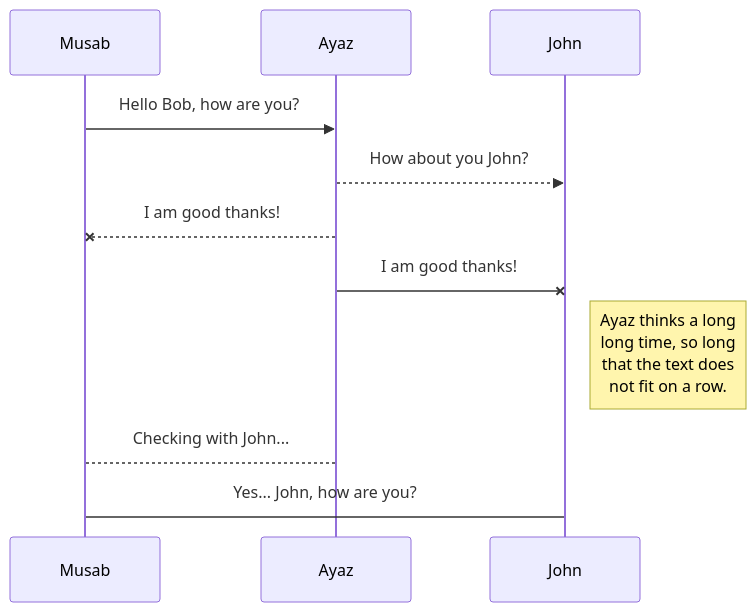
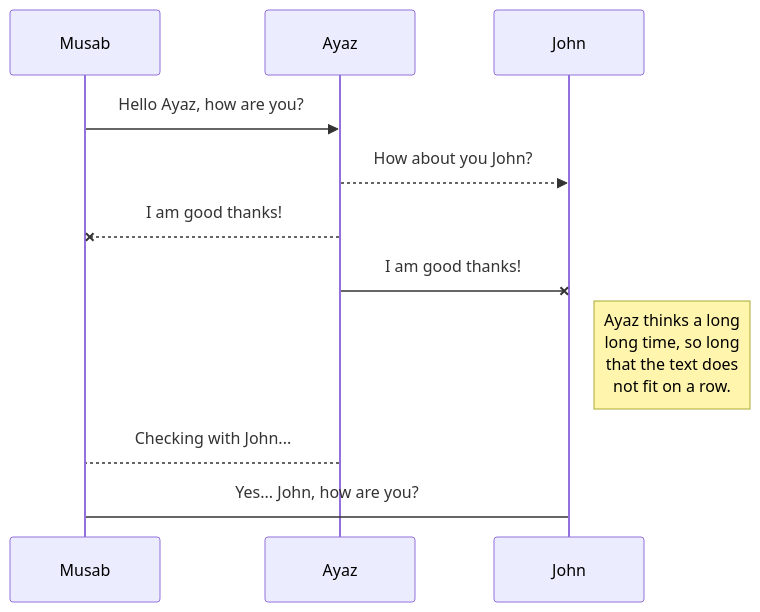
Before and after one commit to drshahizan/learn-github: the first of 2 diagrams in exercise/BDM/Musab/exe1.md, drawn with Mermaid.

````diff
--- a/exercise/BDM/Musab/exe1.md
+++ b/exercise/BDM/Musab/exe1.md
@@ -40,11 +40,11 @@
 ```mermaid
 sequenceDiagram
-Musab ->> Ayaz: Hello Bob, how are you?
+Musab ->> Ayaz: Hello Ayaz, how are you?
 Ayaz-->>John: How about you John?
 Ayaz--x Musab: I am good thanks!
 Ayaz-x John: I am good thanks!
 Note right of John: Ayaz thinks a long<br/>long time, so long<br/>that the text does<br/>not fit on a row.
 
 Ayaz-->Musab: Checking with John...
 Musab->John: Yes... John, how are you?
 ```
````
